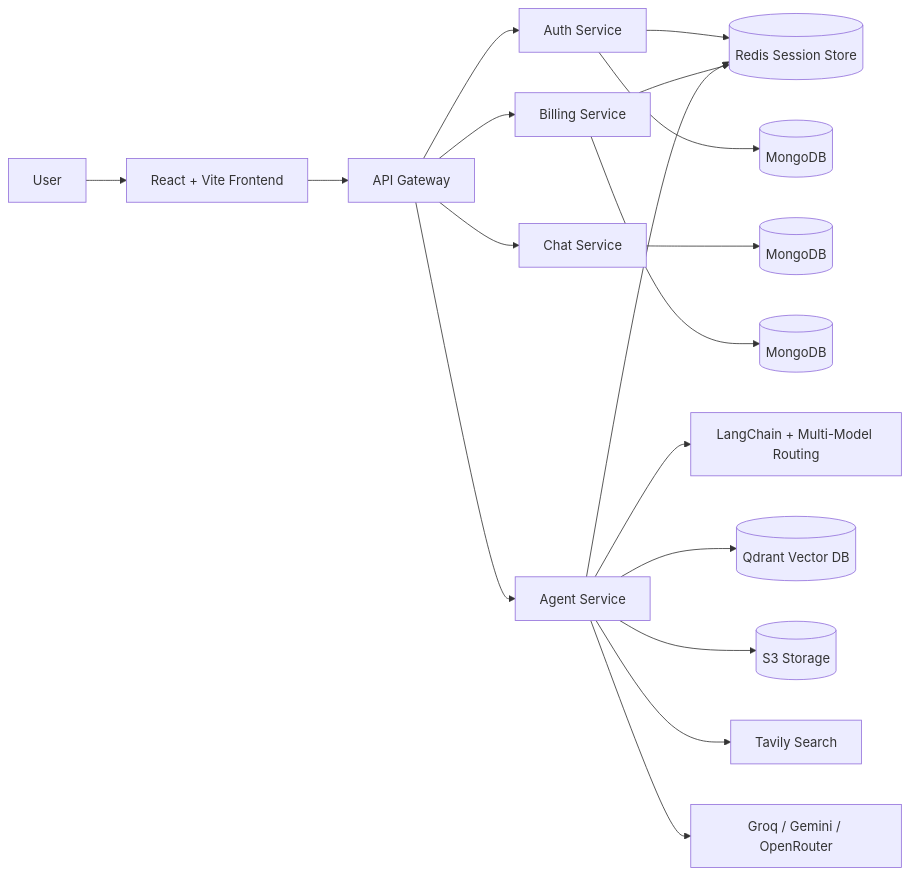
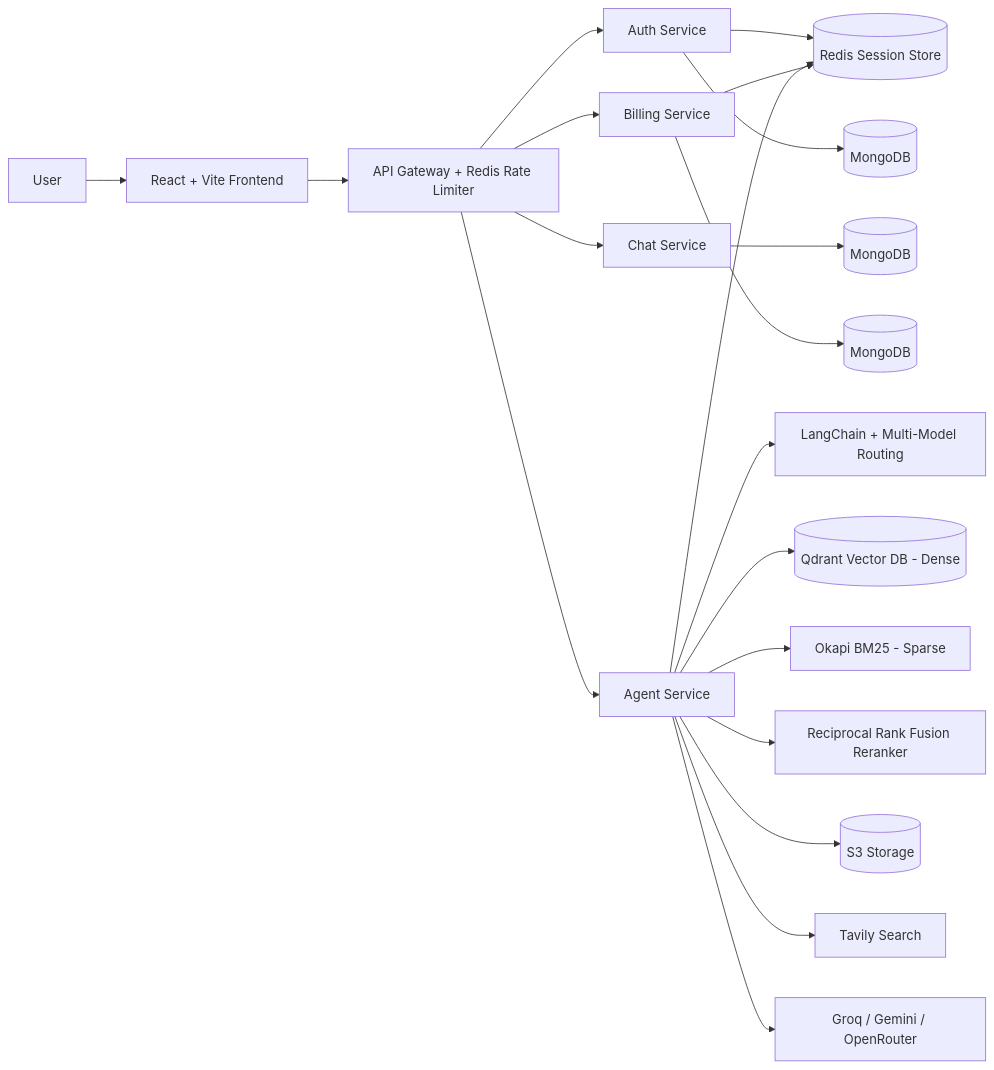
One commit to AyushCipher/CORTEX-AI changed the diagram in README.md. Above: the diagram before and after it, drawn with Mermaid. The commit also changed other lines of this file and 6 other files, not shown here.

Commit message:
feat: add gateway redis rate limiting, hybrid search RAG (BM25 + RRF), and updated benchmarks

````diff
--- a/README.md
+++ b/README.md
@@ -37,24 +38,26 @@
 ```mermaid
 flowchart LR
   U[User] --> F[React + Vite Frontend]
-  F --> G[API Gateway]
+  F --> G[API Gateway + Redis Rate Limiter]
 
   G --> A[Auth Service]
   G --> C[Chat Service]
   G --> B[Billing Service]
   G --> M[Agent Service]
 
   A --> R[(Redis Session Store)]
   A --> DB1[(MongoDB)]
 
   C --> DB2[(MongoDB)]
   B --> DB3[(MongoDB)]
   B --> R
 
   M --> L[LangChain + Multi-Model Routing]
-  M --> Q[(Qdrant Vector DB)]
+  M --> Q[(Qdrant Vector DB - Dense)]
+  M --> BM[Okapi BM25 - Sparse]
+  M --> RRF[Reciprocal Rank Fusion Reranker]
   M --> S[(S3 Storage)]
   M --> T[Tavily Search]
   M --> X[Groq / Gemini / OpenRouter]
   M --> R
 ```
````
